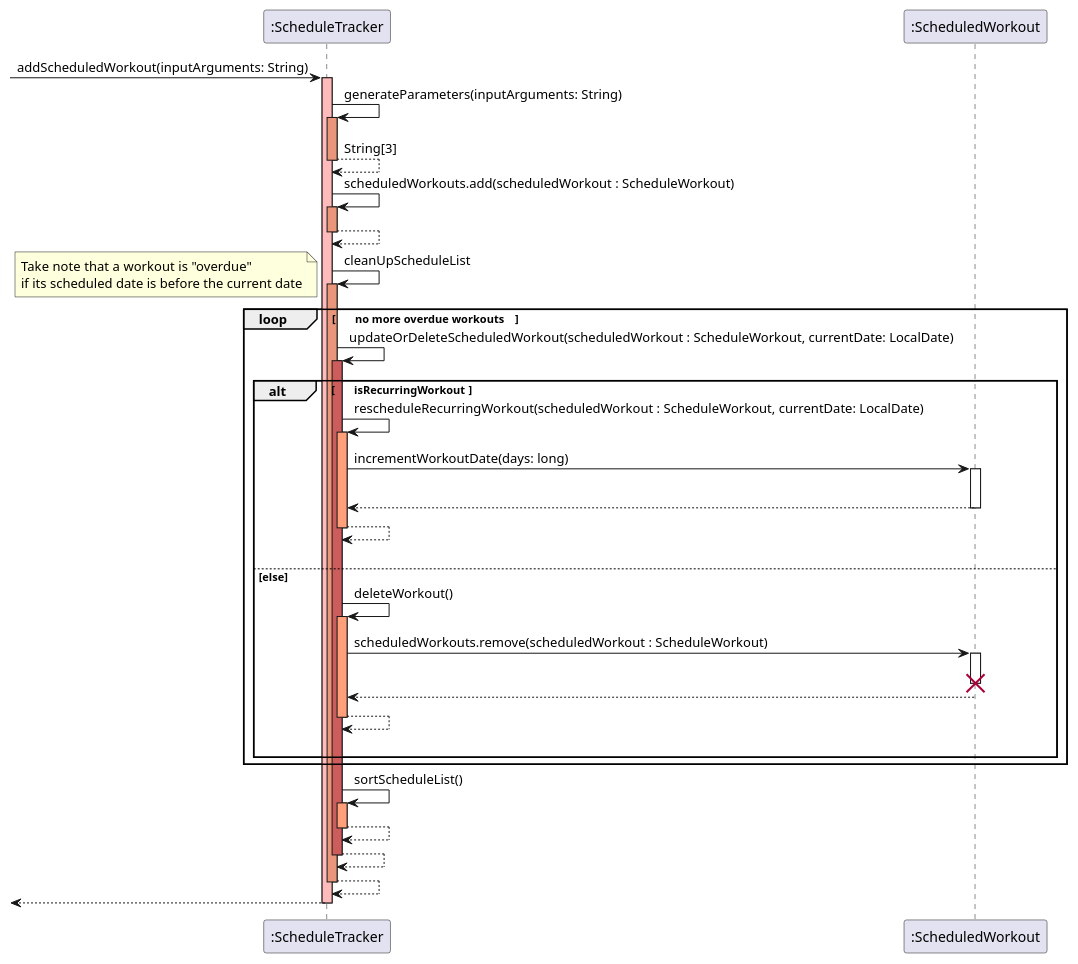
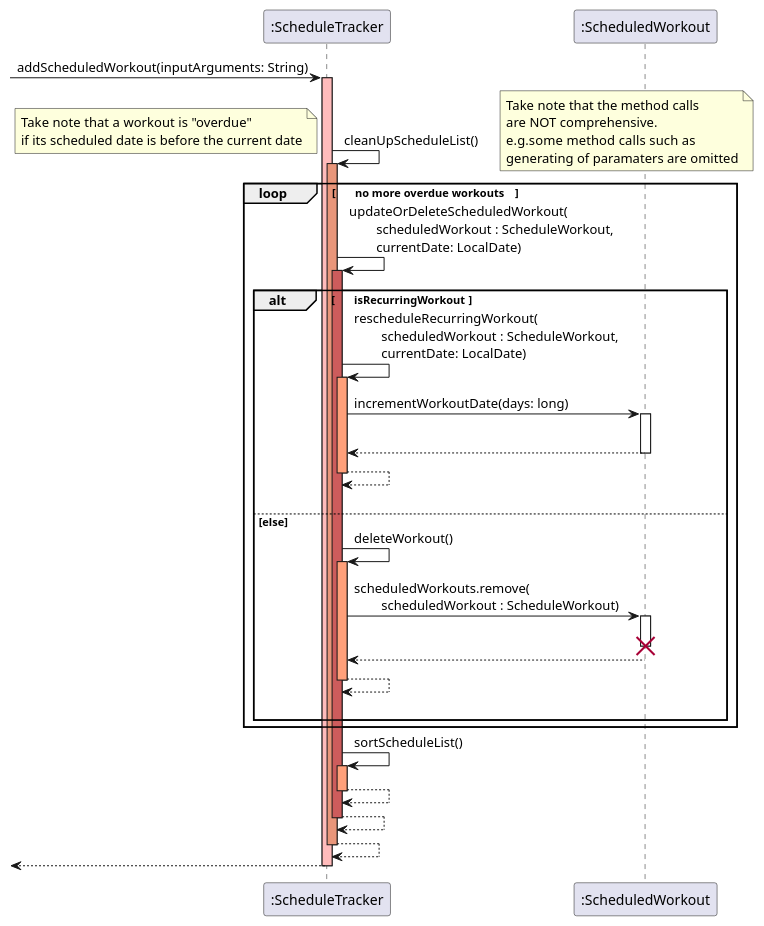
One commit to teoziyiivy/tp changed the diagram in diagrams/ScheduleTracker_add_sequence.puml. Above: the diagram before and after it, drawn with PlantUML. The commit also changed 4 other files, not shown here.

```diff
--- a/diagrams/ScheduleTracker_add_sequence.puml
+++ b/diagrams/ScheduleTracker_add_sequence.puml
@@ -1,53 +1,46 @@
 @startuml
 'https://plantuml.com/sequence-diagram
 participant ":ScheduleTracker"
 participant ":ScheduledWorkout"
 
 ->":ScheduleTracker" : addScheduledWorkout(inputArguments: String)
 activate ":ScheduleTracker" #FFBBBB
 
-":ScheduleTracker"->":ScheduleTracker" : generateParameters(inputArguments: String)
-activate ":ScheduleTracker" #DarkSalmon
-return String[3]
-
-":ScheduleTracker"->":ScheduleTracker" : scheduledWorkouts.add(scheduledWorkout : ScheduleWorkout)
-activate ":ScheduleTracker" #DarkSalmon
-return
-
-":ScheduleTracker"->":ScheduleTracker" : cleanUpScheduleList
+":ScheduleTracker"->":ScheduleTracker" : cleanUpScheduleList()
+note right: Take note that the method calls \nare NOT comprehensive. \ne.g.some  method calls such as \ngenerating of paramaters are omitted
 activate ":ScheduleTracker" #DarkSalmon
 
 loop \tno more overdue workouts\t
     note left : Take note that a workout is "overdue" \nif its scheduled date is before the current date
-    ":ScheduleTracker"->":ScheduleTracker" : updateOrDeleteScheduledWorkout(scheduledWorkout : ScheduleWorkout, currentDate: LocalDate)
+    ":ScheduleTracker"->":ScheduleTracker" : updateOrDeleteScheduledWorkout(\n\tscheduledWorkout : ScheduleWorkout,\n\tcurrentDate: LocalDate)
     activate ":ScheduleTracker" #IndianRed
     alt \tisRecurringWorkout\t
-        ":ScheduleTracker"->":ScheduleTracker" : rescheduleRecurringWorkout(scheduledWorkout : ScheduleWorkout, currentDate: LocalDate)
+        ":ScheduleTracker"->":ScheduleTracker" : rescheduleRecurringWorkout(\n\tscheduledWorkout : ScheduleWorkout,\n\tcurrentDate: LocalDate)
         activate ":ScheduleTracker" #LightSalmon
         ":ScheduleTracker"->":ScheduledWorkout" : incrementWorkoutDate(days: long)
         |||
         activate ":ScheduledWorkout"
         return
         return
         |||
     else else
         ":ScheduleTracker"->":ScheduleTracker" : deleteWorkout()
         activate ":ScheduleTracker" #LightSalmon
-        ":ScheduleTracker"->":ScheduledWorkout" : scheduledWorkouts.remove(scheduledWorkout : ScheduleWorkout)
+        ":ScheduleTracker"->":ScheduledWorkout" : scheduledWorkouts.remove(\n\tscheduledWorkout : ScheduleWorkout)
         activate ":ScheduledWorkout"
         destroy ":ScheduledWorkout"
         return
         return
         |||
     end
 end
 
 ":ScheduleTracker"->":ScheduleTracker" : sortScheduleList()
 activate ":ScheduleTracker" #LightSalmon
 return
 
 return
 return
 return
 
 @enduml
```
